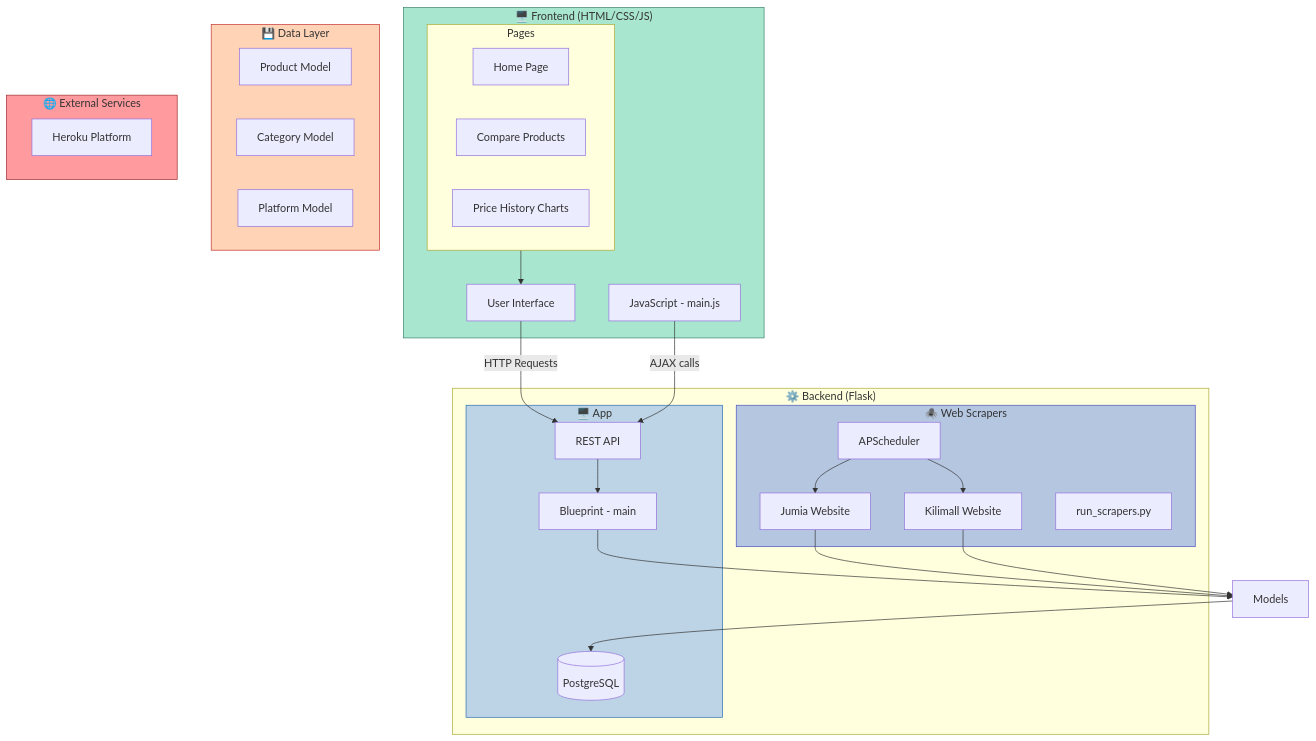
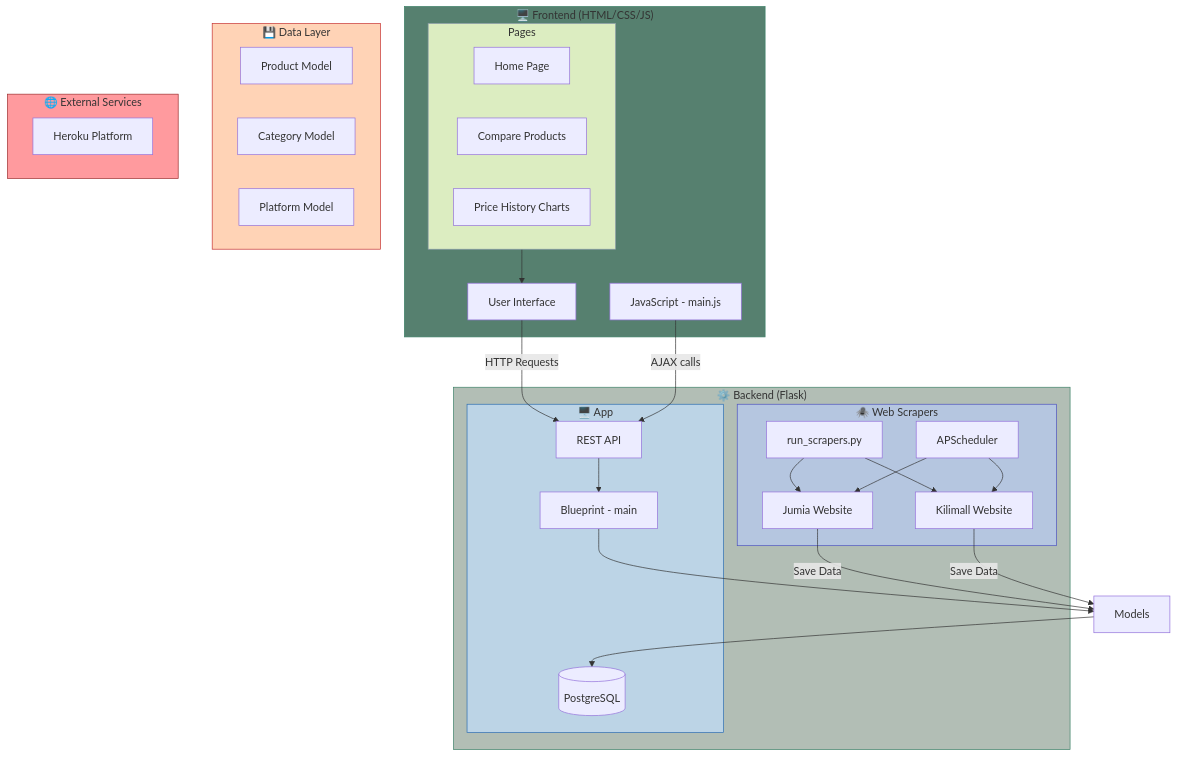
Before and after one commit to wawi-m/wpp-price_tracker: the first of 2 diagrams in doc/architecture.md, drawn with Mermaid.

Commit message:
docs: update color fill

````diff
--- a/doc/architecture.md
+++ b/doc/architecture.md
@@ -7,56 +7,60 @@
 ```mermaid
 graph TB
     subgraph Frontend ["🖥️ Frontend (HTML/CSS/JS)"]
-        style Frontend fill:#a8e6cf,stroke:#3d8168
+        style Frontend fill:#56806F,stroke:#3d8168
         UI[User Interface]
         subgraph Pages[Pages]
+            style Pages fill:#dcedc1,stroke:#8a9aa9
             HP[Home Page]
             CP[Compare Products]
             PH[Price History Charts]
         end
         JS[JavaScript - main.js]
     end
 
     subgraph Backend ["⚙️ Backend (Flask)"]
+        style Backend fill:#b2beb5,stroke:#3d8168
         subgraph App["🖥️ App"]
         style App fill:#bcd4e6,stroke:#2b6cb0
         API[REST API]
         BP[Blueprint - main]
         DB[(PostgreSQL)]
         end     
 
         subgraph Scrapers ["🕷️ Web Scrapers"]
             style Scrapers fill:#b5c6e0,stroke:#4c51bf
             Jumia[Jumia Scraper]
             Kilimall[Kilimall Scraper]
             RunScrapers[run_scrapers.py]
             Scheduler[APScheduler]
         end
     end
 
     subgraph Data ["💾 Data Layer"]
         style Data fill:#ffd3b6,stroke:#c53030
         PM[Product Model]
         CM[Category Model]
         PLM[Platform Model]
     end
 
     subgraph ExternalServices ["🌐 External Services"]
         style ExternalServices fill:#ff9a9e,stroke:#9b2c2c
         Jumia[Jumia Website]
         Kilimall[Kilimall Website]
         Heroku[Heroku Platform]
     end
 
 
     Pages --> UI
     UI --> |HTTP Requests| API
     JS --> |AJAX calls| API
     API --> BP
     BP --> Models
     Models --> DB
+    RunScrapers --> Jumia
+    RunScrapers --> Kilimall
     Scheduler --> Jumia
     Scheduler --> Kilimall
-    Jumia --> Models
-    Kilimall --> Models
+    Jumia --> |Save Data| Models
+    Kilimall --> |Save Data| Models
 ```
````
